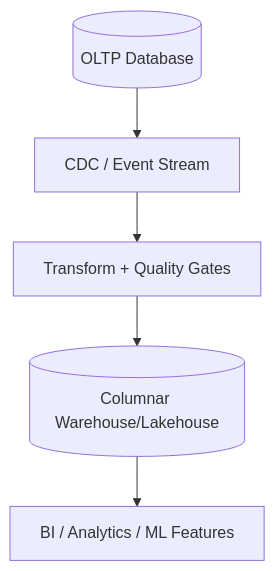
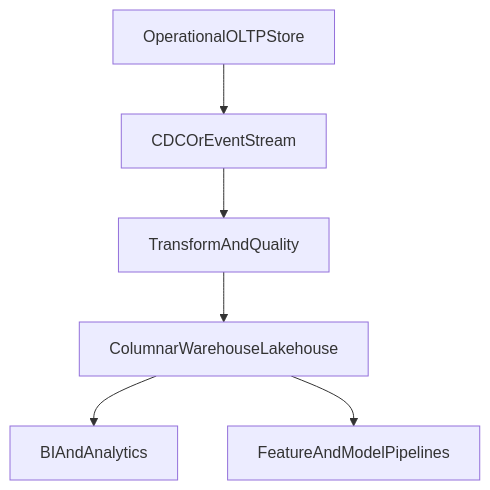
The second of 2 diagrams in database/database-masterclass/03-nosql-paradigms/03-columnar-databases-and-olap-architecture.md (GabrielAlmeidaFlores/Senior-Software-Architect), drawn with Mermaid before and after one commit. The commit also changed other lines of this file and 19 other files, not shown here.

````diff
--- a/database/database-masterclass/03-nosql-paradigms/03-columnar-databases-and-olap-architecture.md
+++ b/database/database-masterclass/03-nosql-paradigms/03-columnar-databases-and-olap-architecture.md
@@ -74,7 +83,8 @@
 ```mermaid
 flowchart TD
-    OLTP[(OLTP Database)] --> CDC[CDC / Event Stream]
-    CDC --> ETL[Transform + Quality Gates]
-    ETL --> OLAP[(Columnar Warehouse/Lakehouse)]
-    OLAP --> BI[BI / Analytics / ML Features]
+    oltp[OperationalOLTPStore] --> cdc[CDCOrEventStream]
+    cdc --> transform[TransformAndQuality]
+    transform --> columnar[ColumnarWarehouseLakehouse]
+    columnar --> bi[BIAndAnalytics]
+    columnar --> ml[FeatureAndModelPipelines]
 ```
````
